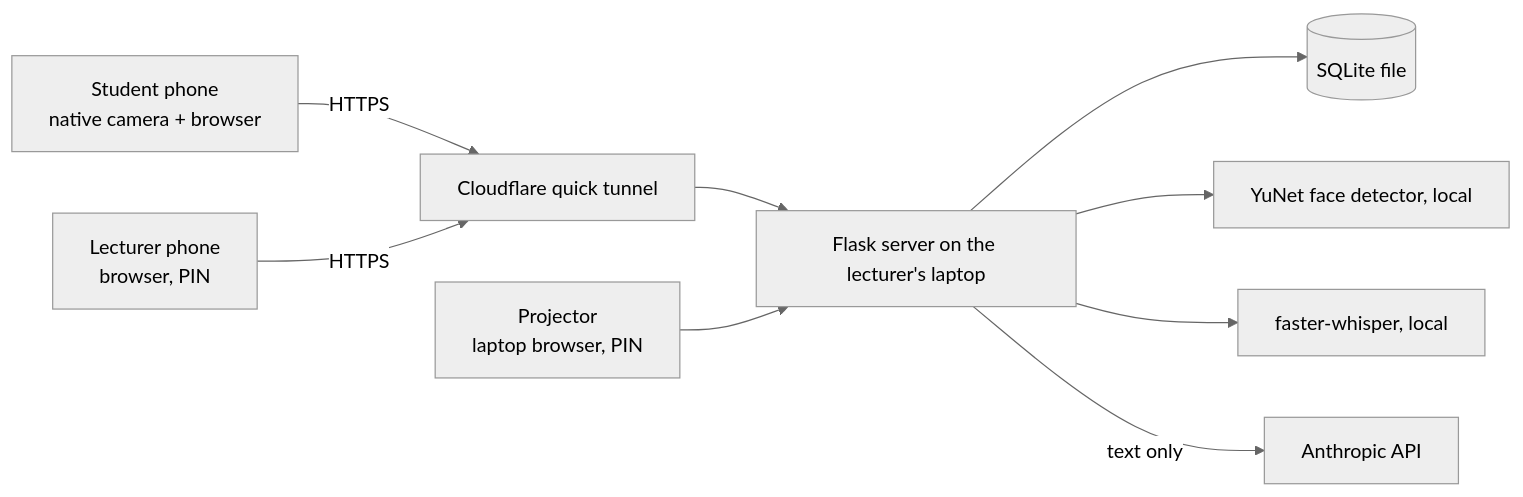
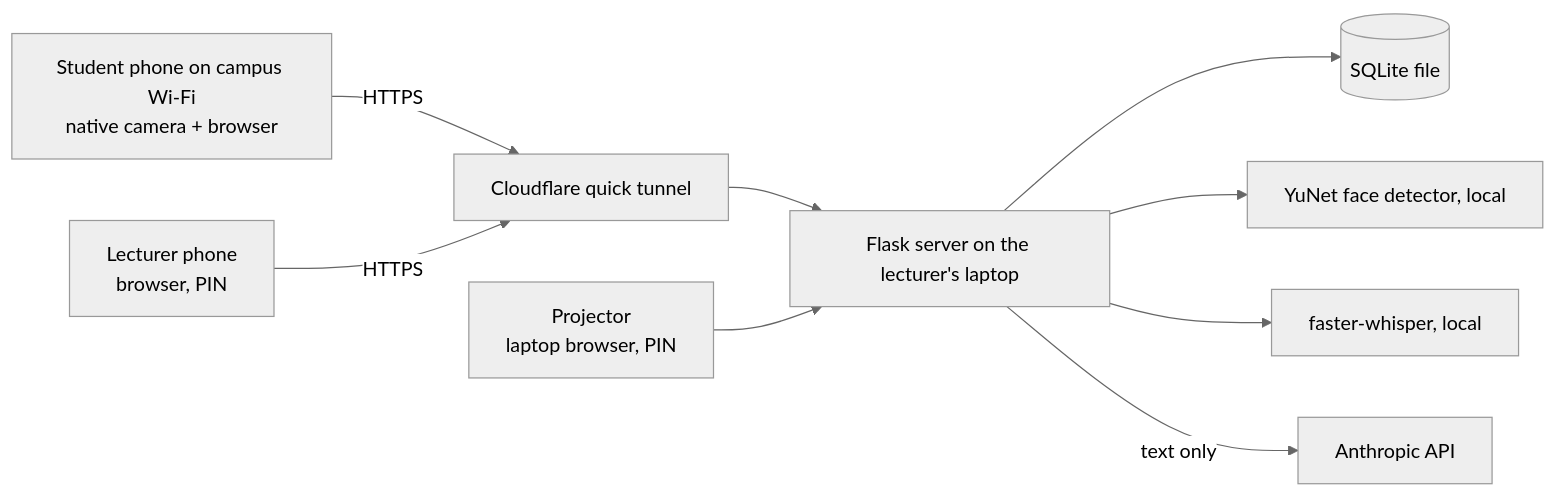
One commit to ronsarfati/EX2-Teaching-Tool changed the diagram in docs/srs.md. Above: the diagram before and after it, drawn with Mermaid (neutral theme). The commit also changed other lines of this file and 4 other files, not shown here.

````diff
--- a/docs/srs.md
+++ b/docs/srs.md
@@ -62,11 +61,11 @@
 ```mermaid
 flowchart LR
-  SP[Student phone<br/>native camera + browser] -- HTTPS --> CF[Cloudflare quick tunnel]
+  SP[Student phone on campus Wi-Fi<br/>native camera + browser] -- HTTPS --> CF[Cloudflare quick tunnel]
   LP[Lecturer phone<br/>browser, PIN] -- HTTPS --> CF
   CF --> FS[Flask server on the lecturer's laptop]
   PJ[Projector<br/>laptop browser, PIN] --> FS
   FS --> DB[(SQLite file)]
   FS --> YN[YuNet face detector, local]
   FS --> FW[faster-whisper, local]
   FS -- text only --> AN[Anthropic API]
 ```
````
